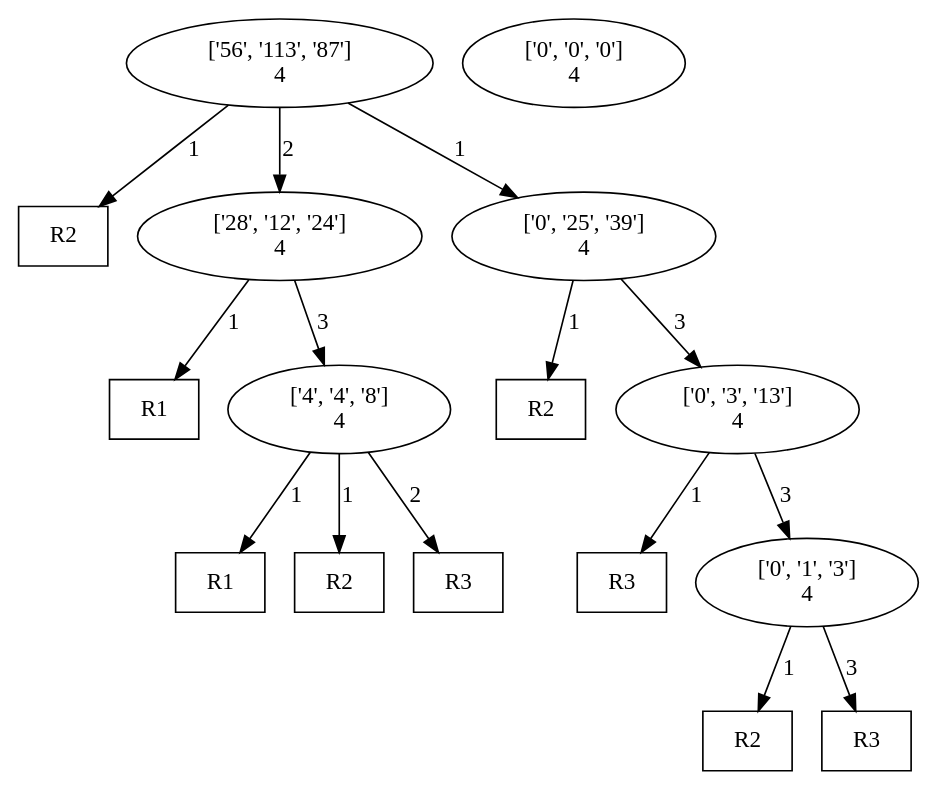
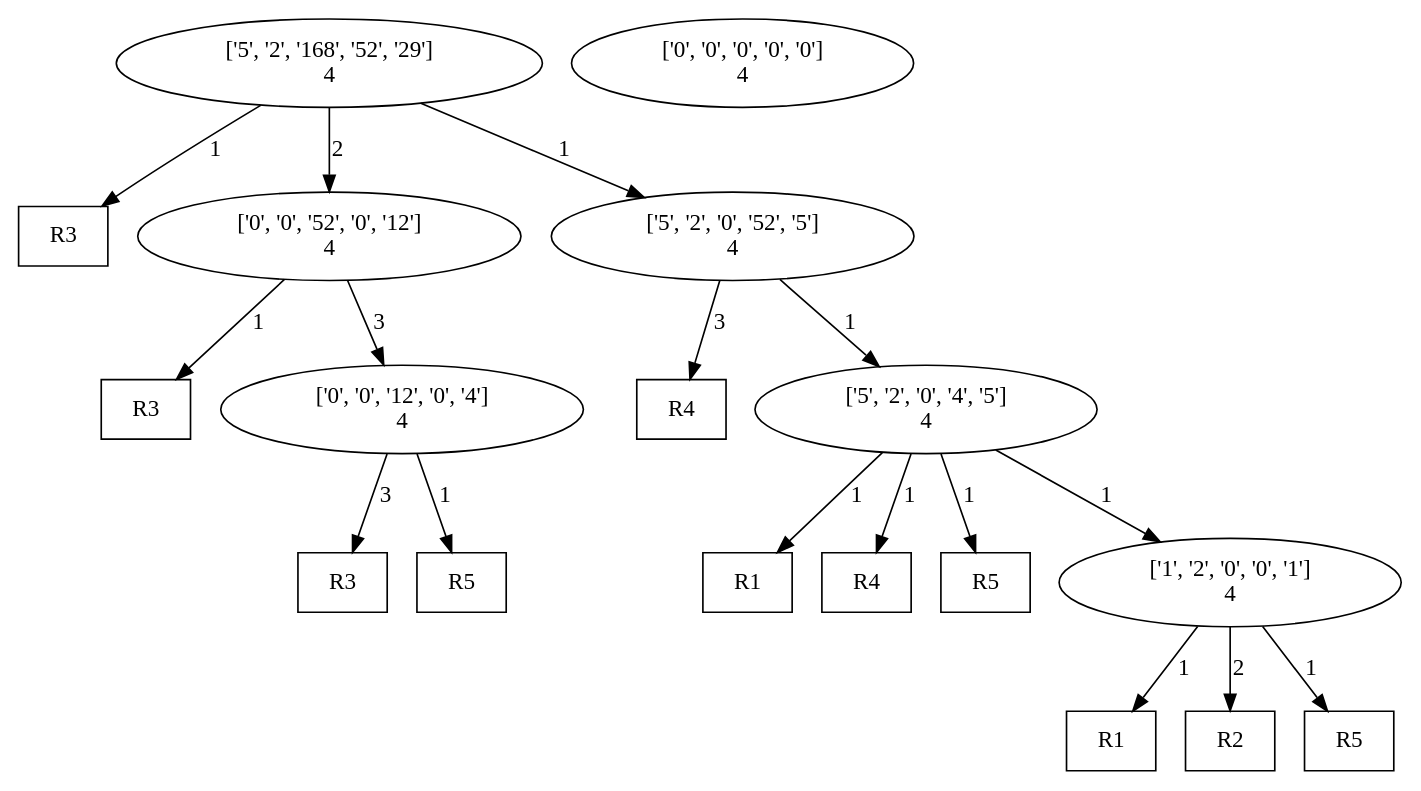
One commit to AbhikKhan/FloSPA_HDA_LAFCA changed the diagram in skeletonTreeAfterAnnotation.dot. Above: the diagram before and after it, drawn with Graphviz. The commit also changed 105 other files, not shown here.

```diff
--- a/skeletonTreeAfterAnnotation.dot
+++ b/skeletonTreeAfterAnnotation.dot
@@ -1,24 +1,26 @@
 digraph "DD" { 
 graph [ ordering = "out"];
-1 [label = "['56', '113', '87']\n4"];
-5000 [shape="box",label = "R2"];
-1 -> 5000[label =1];2 [label = "['28', '12', '24']\n4"];
-5001 [shape="box",label = "R1"];
-2 -> 5001[label =1];3 [label = "['0', '25', '39']\n4"];
-5002 [shape="box",label = "R2"];
-3 -> 5002[label =1];4 [label = "['4', '4', '8']\n4"];
-5003 [shape="box",label = "R1"];
-4 -> 5003[label =1];5004 [shape="box",label = "R2"];
-4 -> 5004[label =1];5005 [shape="box",label = "R3"];
-4 -> 5005[label =2];5 [label = "['0', '3', '13']\n4"];
-5006 [shape="box",label = "R3"];
-5 -> 5006[label =1];6 [label = "['0', '0', '0']\n4"];
-7 [label = "['0', '1', '3']\n4"];
-5007 [shape="box",label = "R2"];
-7 -> 5007[label =1];5008 [shape="box",label = "R3"];
-7 -> 5008[label =3];1 -> 2[label = 2];
+1 [label = "['5', '2', '168', '52', '29']\n4"];
+5000 [shape="box",label = "R3"];
+1 -> 5000[label =1];2 [label = "['0', '0', '52', '0', '12']\n4"];
+5001 [shape="box",label = "R3"];
+2 -> 5001[label =1];3 [label = "['5', '2', '0', '52', '5']\n4"];
+5002 [shape="box",label = "R4"];
+3 -> 5002[label =3];4 [label = "['0', '0', '12', '0', '4']\n4"];
+5003 [shape="box",label = "R3"];
+4 -> 5003[label =3];5004 [shape="box",label = "R5"];
+4 -> 5004[label =1];5 [label = "['5', '2', '0', '4', '5']\n4"];
+5005 [shape="box",label = "R1"];
+5 -> 5005[label =1];5006 [shape="box",label = "R4"];
+5 -> 5006[label =1];5007 [shape="box",label = "R5"];
+5 -> 5007[label =1];6 [label = "['0', '0', '0', '0', '0']\n4"];
+7 [label = "['1', '2', '0', '0', '1']\n4"];
+5008 [shape="box",label = "R1"];
+7 -> 5008[label =1];5009 [shape="box",label = "R2"];
+7 -> 5009[label =2];5010 [shape="box",label = "R5"];
+7 -> 5010[label =1];1 -> 2[label = 2];
 1 -> 3[label = 1];
 2 -> 4[label = 3];
-3 -> 5[label = 3];
-5 -> 7[label = 3];
+3 -> 5[label = 1];
+5 -> 7[label = 1];
 }
```
